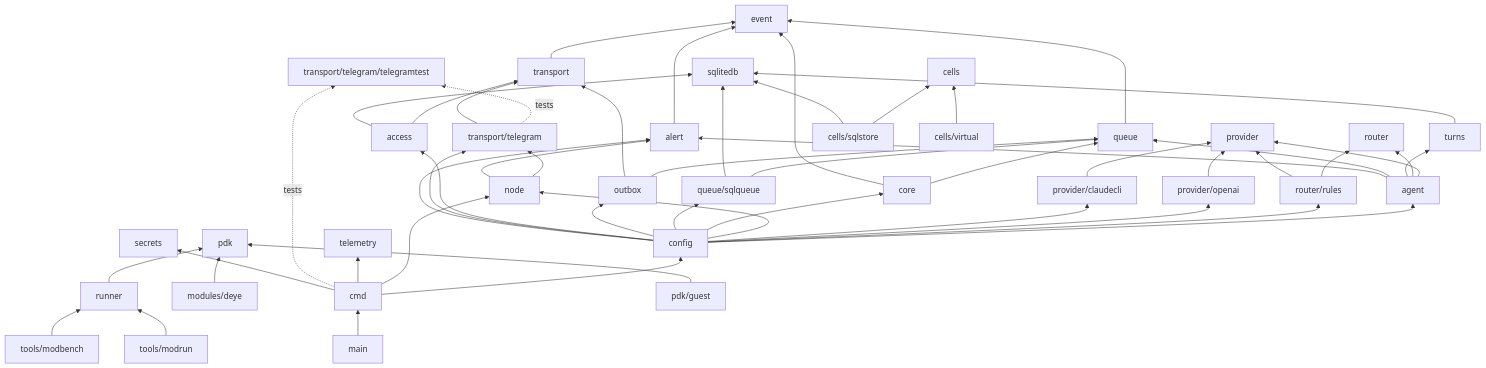
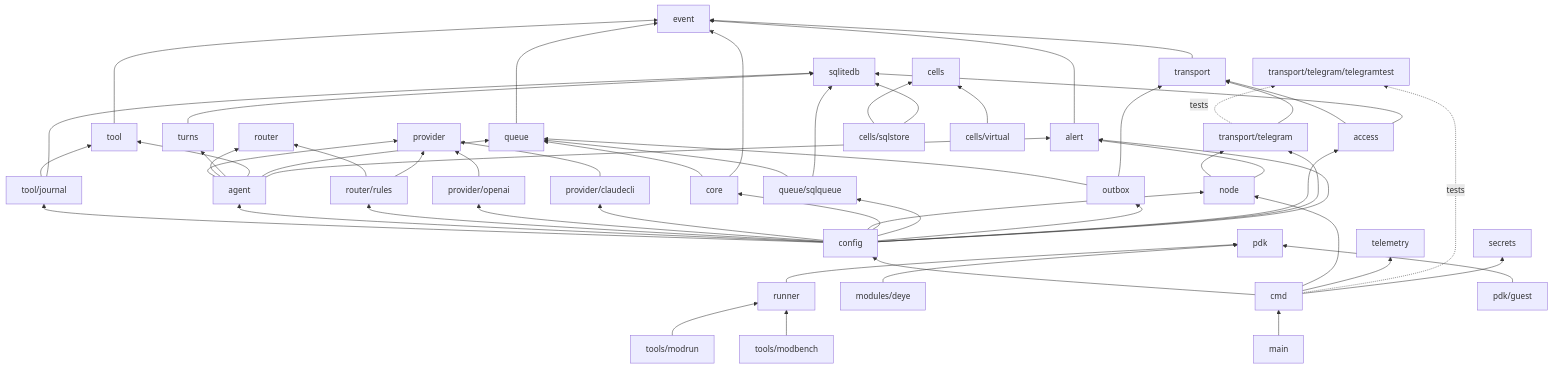
Before and after one commit to igorrius/ganglion: the diagram in docs/architecture/05-code-map.md, drawn with Mermaid. The commit also changed other lines of this file and 27 other files, not shown here.

First line of the commit message:
tool: registry, call context, journal; agent state v2 with taint

````diff
--- a/docs/architecture/05-code-map.md
+++ b/docs/architecture/05-code-map.md
@@ -57,60 +60,65 @@
 ```mermaid
 flowchart BT
     event["event"]
     transport["transport"] --> event
     queue["queue"] --> event
     provider["provider"]
     router["router"]
     openaip["provider/openai"] --> provider
     claudecli["provider/claudecli"] --> provider
     rulesp["router/rules"] --> router
     rulesp --> provider
     turnsp["turns"] --> sqlitedb
     agentp["agent"] --> provider
     agentp --> router
     agentp --> turnsp
+    agentp --> toolp["tool"]
+    toolp --> event
+    journalp["tool/journal"] --> toolp
+    journalp --> sqlitedb
+    configp --> journalp
     agentp --> queue
     configp --> agentp
     configp --> rulesp
     configp --> openaip
     configp --> claudecli
     node["node"]
     configp["config"] --> node
     cmd["cmd"] --> configp
     mainp["main"] --> cmd
     cmd --> node
     cmd --> telemetryp["telemetry"]
     corep["core"] --> queue
     corep --> event
     tgtest["transport/telegram/telegramtest"]
     tgp -. tests .-> tgtest
     cmd -. tests .-> tgtest
     configp --> corep
     configp --> sqlqueue
     configp --> outboxp
     configp --> accessp
     configp --> tgp["transport/telegram"]
     node --> tgp
     node --> alertp
     tgp --> transport
     pdk["pdk"]
     deye["modules/deye"] --> pdk
     runner["runner"] --> pdk
     modrun["tools/modrun"] --> runner
     modbench["tools/modbench"] --> runner
     guest["pdk/guest"] --> pdk
     cellsp["cells"]
     sqlstore["cells/sqlstore"] --> cellsp
     sqlstore --> sqlitedb["sqlitedb"]
     virtualb["cells/virtual"] --> cellsp
     sqlqueue["queue/sqlqueue"] --> queue
     sqlqueue --> sqlitedb
     outboxp["outbox"] --> queue
     outboxp --> transport
     accessp["access"] --> transport
     accessp --> sqlitedb
     alertp["alert"] --> event
     agentp --> alertp
     configp --> alertp
     cmd --> secretsp["secrets"]
 ```
````
